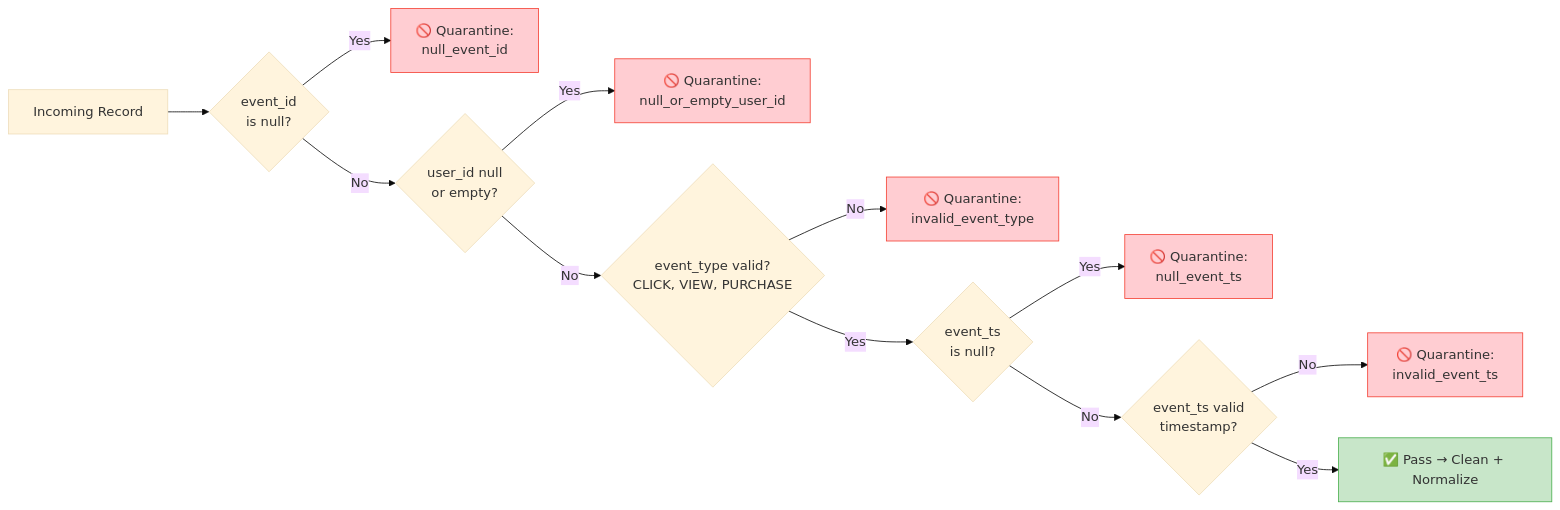
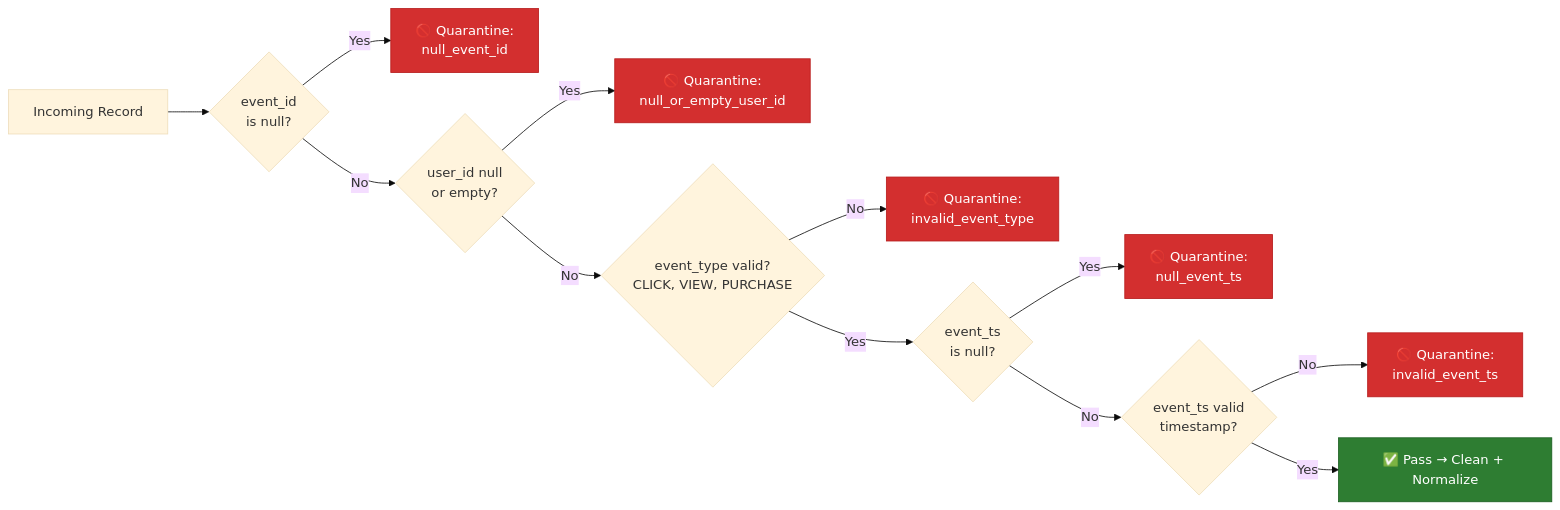
Before and after one commit to ayarzuki/deng-test-3: the third of 3 diagrams in README.md, drawn with Mermaid (base theme).

````diff
--- a/README.md
+++ b/README.md
@@ -200,21 +200,21 @@
 ```mermaid
 flowchart LR
     INPUT["Incoming Record"] --> C1{"event_id\nis null?"}
     C1 -->|"Yes"| Q1["🚫 Quarantine:<br/>null_event_id"]
     C1 -->|"No"| C2{"user_id null\nor empty?"}
     C2 -->|"Yes"| Q2["🚫 Quarantine:<br/>null_or_empty_user_id"]
     C2 -->|"No"| C3{"event_type valid?<br/>CLICK, VIEW, PURCHASE"}
     C3 -->|"No"| Q3["🚫 Quarantine:<br/>invalid_event_type"]
     C3 -->|"Yes"| C4{"event_ts\nis null?"}
     C4 -->|"Yes"| Q4["🚫 Quarantine:<br/>null_event_ts"]
     C4 -->|"No"| C5{"event_ts valid\ntimestamp?"}
     C5 -->|"No"| Q5["🚫 Quarantine:<br/>invalid_event_ts"]
     C5 -->|"Yes"| PASS["✅ Pass → Clean + Normalize"]
 
-    style Q1 fill:#FFCDD2,stroke:#f44336
-    style Q2 fill:#FFCDD2,stroke:#f44336
-    style Q3 fill:#FFCDD2,stroke:#f44336
-    style Q4 fill:#FFCDD2,stroke:#f44336
-    style Q5 fill:#FFCDD2,stroke:#f44336
-    style PASS fill:#C8E6C9,stroke:#4CAF50
+    style Q1 fill:#D32F2F,stroke:#B71C1C,color:#fff
+    style Q2 fill:#D32F2F,stroke:#B71C1C,color:#fff
+    style Q3 fill:#D32F2F,stroke:#B71C1C,color:#fff
+    style Q4 fill:#D32F2F,stroke:#B71C1C,color:#fff
+    style Q5 fill:#D32F2F,stroke:#B71C1C,color:#fff
+    style PASS fill:#2E7D32,stroke:#1B5E20,color:#fff
 ```
````
